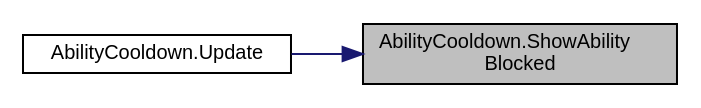
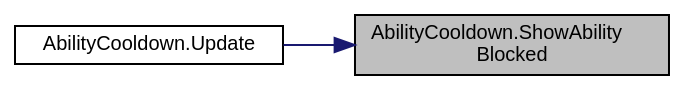
Before and after one commit to AleixFerre/TFG-Docs: the diagram in docs/class_ability_cooldown_a15cd69b317b3a4833e7e66a35ef6e523_icgraph.dot, drawn with Graphviz. The commit also changed 448 other files, not shown here.

```diff
--- a/docs/class_ability_cooldown_a15cd69b317b3a4833e7e66a35ef6e523_icgraph.dot
+++ b/docs/class_ability_cooldown_a15cd69b317b3a4833e7e66a35ef6e523_icgraph.dot
@@ -1,11 +1,12 @@
 digraph "AbilityCooldown.ShowAbilityBlocked"
 {
  // INTERACTIVE_SVG=YES
  // LATEX_PDF_SIZE
+  bgcolor="transparent";
   edge [fontname="Helvetica",fontsize="10",labelfontname="Helvetica",labelfontsize="10"];
   node [fontname="Helvetica",fontsize="10",shape=record];
   rankdir="RL";
   Node1 [label="AbilityCooldown.ShowAbility\lBlocked",height=0.2,width=0.4,color="black", fillcolor="grey75", style="filled", fontcolor="black",tooltip="This function is called whenever this ability is blocked."];
   Node1 -> Node2 [dir="back",color="midnightblue",fontsize="10",style="solid",fontname="Helvetica"];
-  Node2 [label="AbilityCooldown.Update",height=0.2,width=0.4,color="black", fillcolor="white", style="filled",URL="$class_ability_cooldown.html#a0a1223f783a3c342413172a5797fa597",tooltip=" "];
+  Node2 [label="AbilityCooldown.Update",height=0.2,width=0.4,color="black",URL="$class_ability_cooldown.html#a0a1223f783a3c342413172a5797fa597",tooltip=" "];
 }
```
